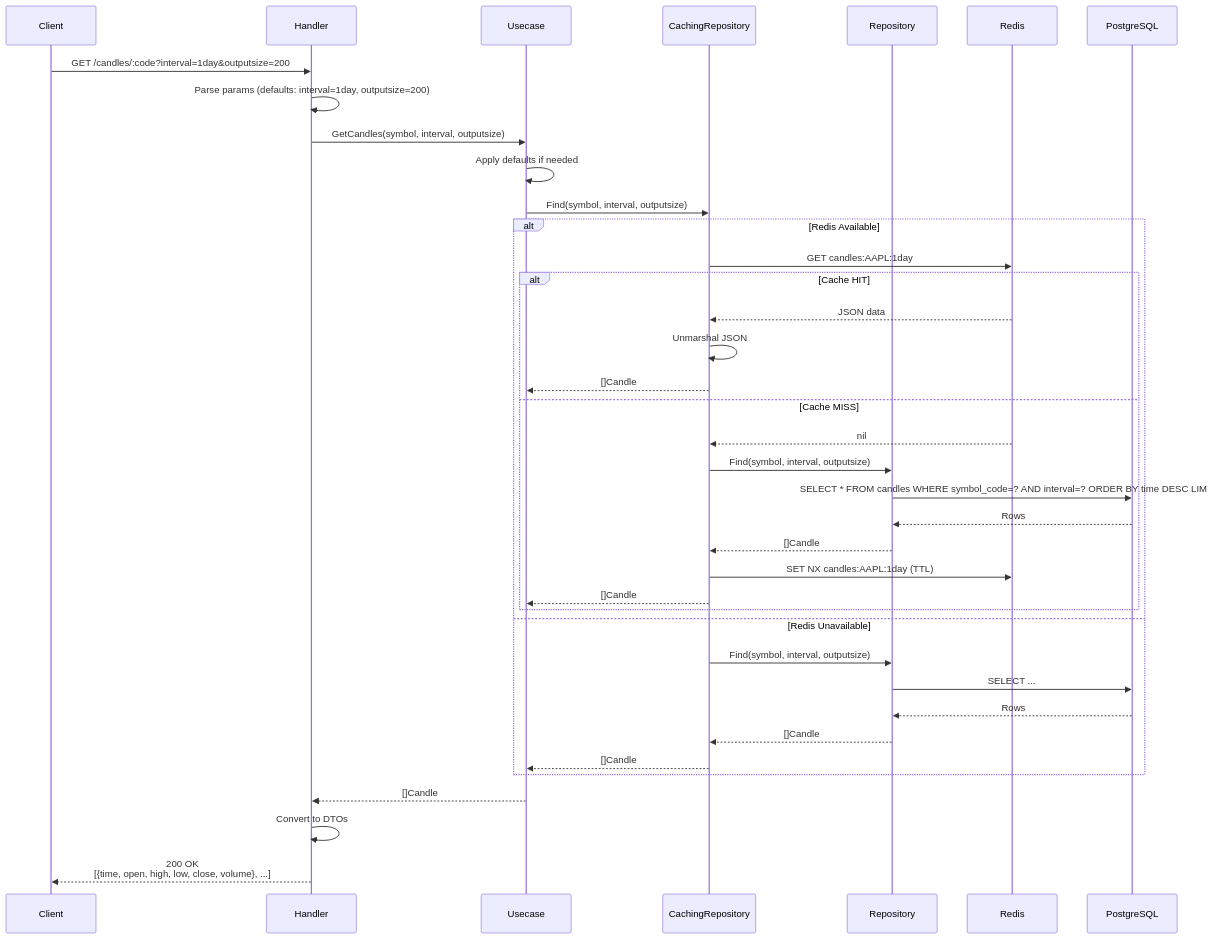
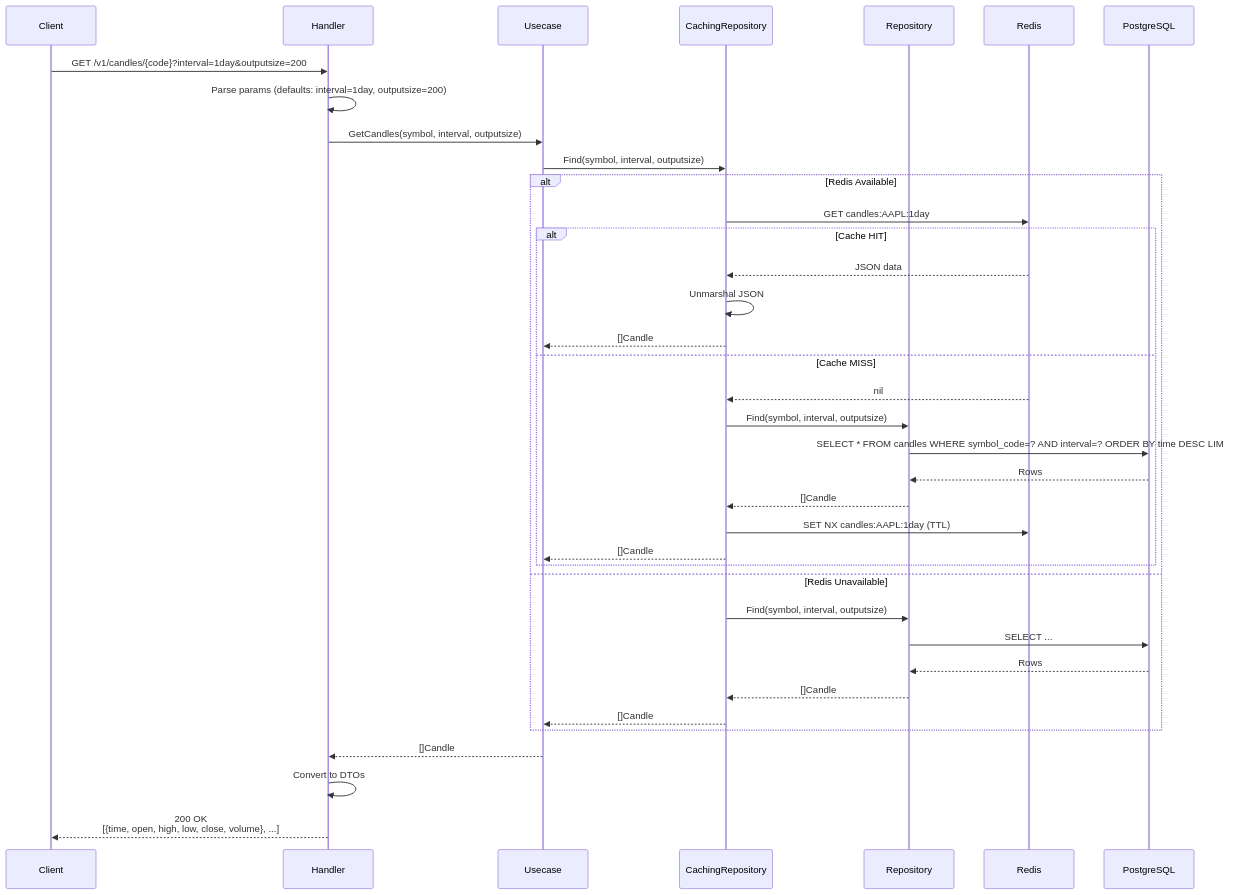
The first of 3 diagrams in docs/features/candles.md (UCHIDAnobuhiro/stock-backend), drawn with Mermaid before and after one commit. The commit also changed other lines of this file and 14 other files, not shown here.

````diff
--- a/docs/features/candles.md
+++ b/docs/features/candles.md
@@ -20,43 +20,42 @@
 ```mermaid
 sequenceDiagram
     participant Client
     participant Handler as Handler
     participant Usecase as Usecase
     participant Cache as CachingRepository
     participant Repository as Repository
     participant Redis
     participant DB as PostgreSQL
 
-    Client->>Handler: GET /candles/:code?interval=1day&outputsize=200
+    Client->>Handler: GET /v1/candles/{code}?interval=1day&outputsize=200
     Handler->>Handler: Parse params (defaults: interval=1day, outputsize=200)
     Handler->>Usecase: GetCandles(symbol, interval, outputsize)
-    Usecase->>Usecase: Apply defaults if needed
     Usecase->>Cache: Find(symbol, interval, outputsize)
 
     alt Redis Available
         Cache->>Redis: GET candles:AAPL:1day
         alt Cache HIT
             Redis-->>Cache: JSON data
             Cache->>Cache: Unmarshal JSON
             Cache-->>Usecase: []Candle
         else Cache MISS
             Redis-->>Cache: nil
             Cache->>Repository: Find(symbol, interval, outputsize)
             Repository->>DB: SELECT * FROM candles WHERE symbol_code=? AND interval=? ORDER BY time DESC LIMIT ?
             DB-->>Repository: Rows
             Repository-->>Cache: []Candle
             Cache->>Redis: SET NX candles:AAPL:1day (TTL)
             Cache-->>Usecase: []Candle
         end
     else Redis Unavailable
         Cache->>Repository: Find(symbol, interval, outputsize)
         Repository->>DB: SELECT ...
         DB-->>Repository: Rows
         Repository-->>Cache: []Candle
         Cache-->>Usecase: []Candle
     end
 
     Usecase-->>Handler: []Candle
     Handler->>Handler: Convert to DTOs
     Handler-->>Client: 200 OK<br/>[{time, open, high, low, close, volume}, ...]
 ```
````
